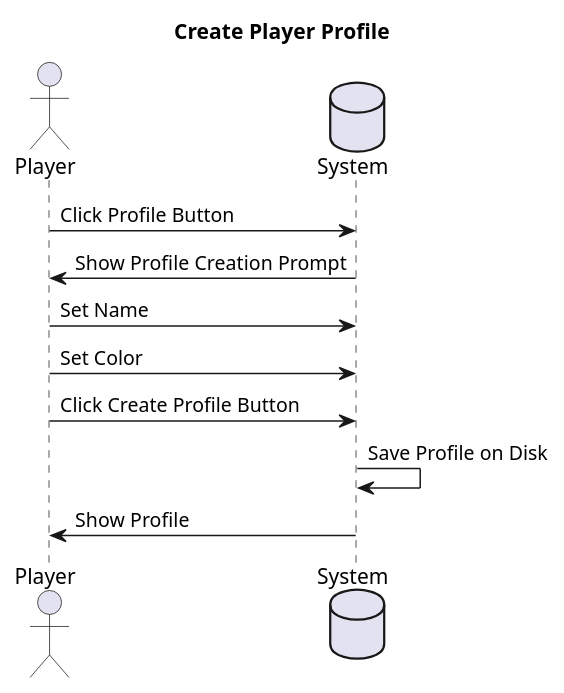
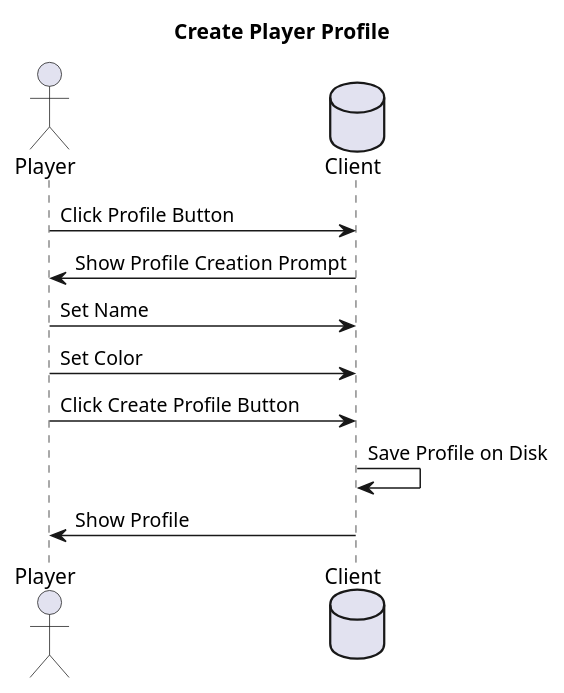
Before and after one commit to TINF21CS1/TicTacToeKojote: the diagram in docs/sequence_diagrams/create_profile.puml, drawn with PlantUML. The commit also changed 8 other files, not shown here.

Commit message:
Docs(sequence_diagrams): Renamed Server to Client to fit language in other docs

```diff
--- a/docs/sequence_diagrams/create_profile.puml
+++ b/docs/sequence_diagrams/create_profile.puml
@@ -1,15 +1,15 @@
 @startuml
 title Create Player Profile
 
 actor Player
-database System
+database Client
 
-Player->System: Click Profile Button
-System->Player: Show Profile Creation Prompt
-Player->System: Set Name
-Player->System: Set Color
-Player->System: Click Create Profile Button
-System->System: Save Profile on Disk
-System->Player: Show Profile
+Player->Client: Click Profile Button
+Client->Player: Show Profile Creation Prompt
+Player->Client: Set Name
+Player->Client: Set Color
+Player->Client: Click Create Profile Button
+Client->Client: Save Profile on Disk
+Client->Player: Show Profile
 
 @enduml
```
